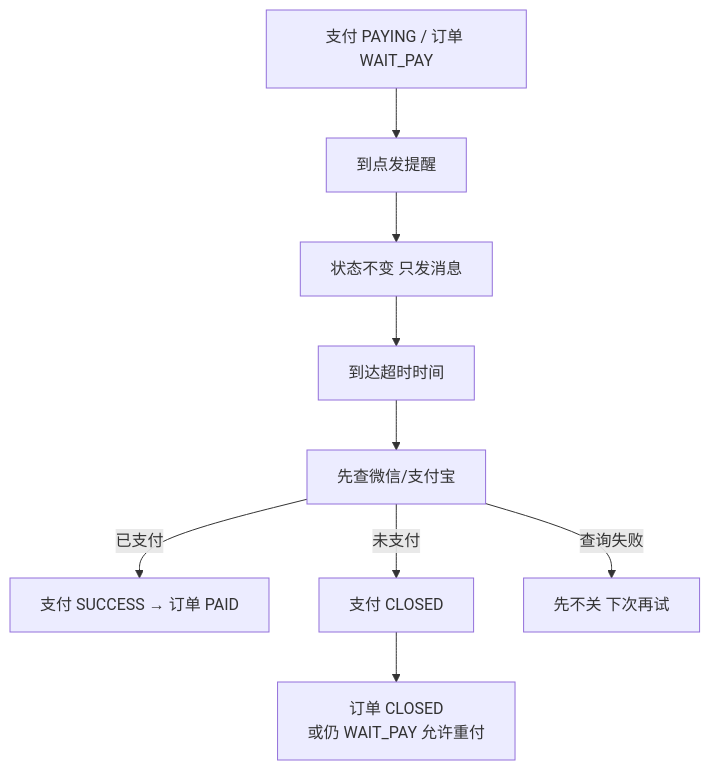
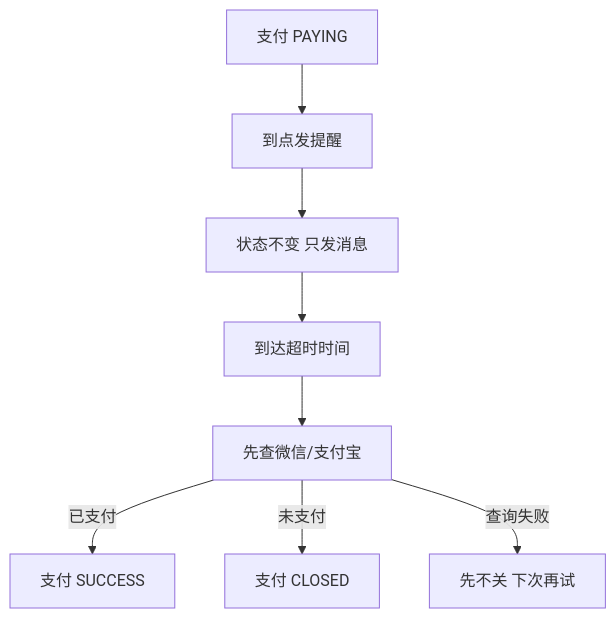
Before and after one commit to jv-morningGlory/-: the seventh of 10 diagrams in Java/Spring/场景题/支付系统/user-order-payment-status.md, drawn with Mermaid. The commit also changed other lines of this file, not shown here.

````diff
--- a/Java/Spring/场景题/支付系统/user-order-payment-status.md
+++ b/Java/Spring/场景题/支付系统/user-order-payment-status.md
@@ -185,11 +160,10 @@
 ```mermaid
 flowchart TD
-    A[支付 PAYING / 订单 WAIT_PAY] --> B[到点发提醒]
+    A[支付 PAYING] --> B[到点发提醒]
     B --> C[状态不变 只发消息]
     C --> D[到达超时时间]
     D --> E[先查微信/支付宝]
-    E -->|已支付| F[支付 SUCCESS → 订单 PAID]
+    E -->|已支付| F[支付 SUCCESS]
     E -->|未支付| G[支付 CLOSED]
-    G --> H[订单 CLOSED<br/>或仍 WAIT_PAY 允许重付]
-    E -->|查询失败| I[先不关 下次再试]
+    E -->|查询失败| H[先不关 下次再试]
 ```
````
